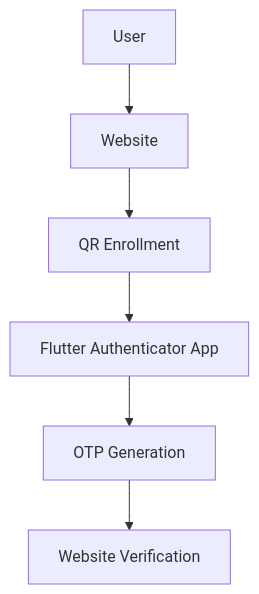
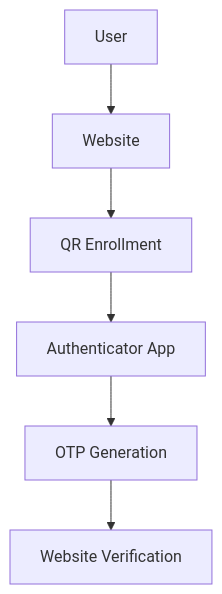
Before and after one commit to developerforpeople/mfa-for-free: the diagram in README.md, drawn with Mermaid. The commit also changed other lines of this file and 115 other files, not shown here.

````diff
--- a/README.md
+++ b/README.md
@@ -66,8 +67,8 @@
 ```mermaid
 flowchart TD
     A[User] --> B[Website]
     B --> C[QR Enrollment]
-    C --> D[Flutter Authenticator App]
+    C --> D[Authenticator App]
     D --> E[OTP Generation]
     E --> F[Website Verification]
 ```
````
